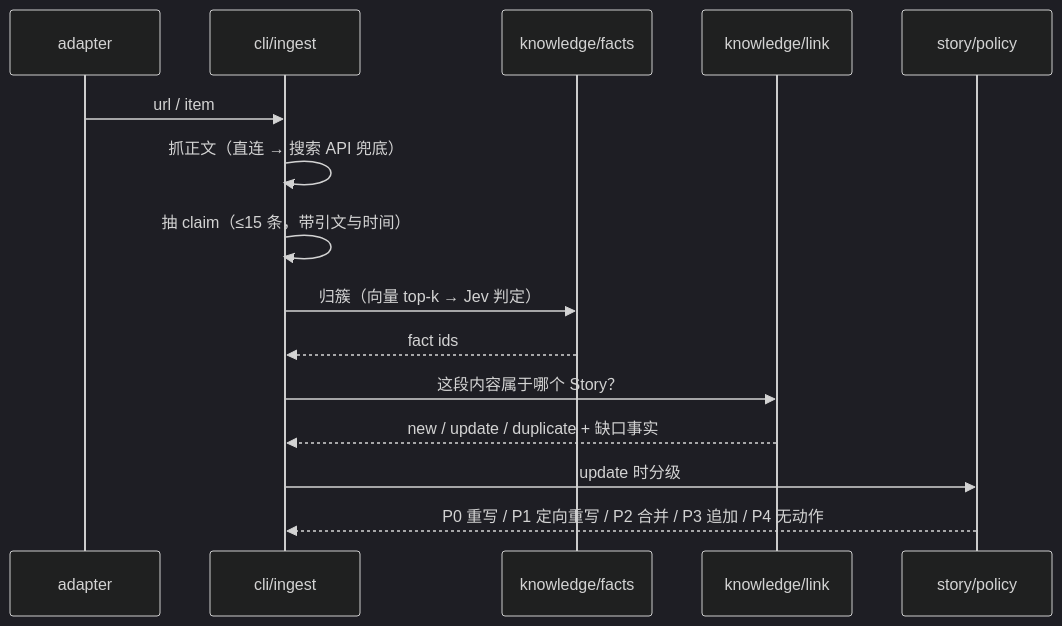
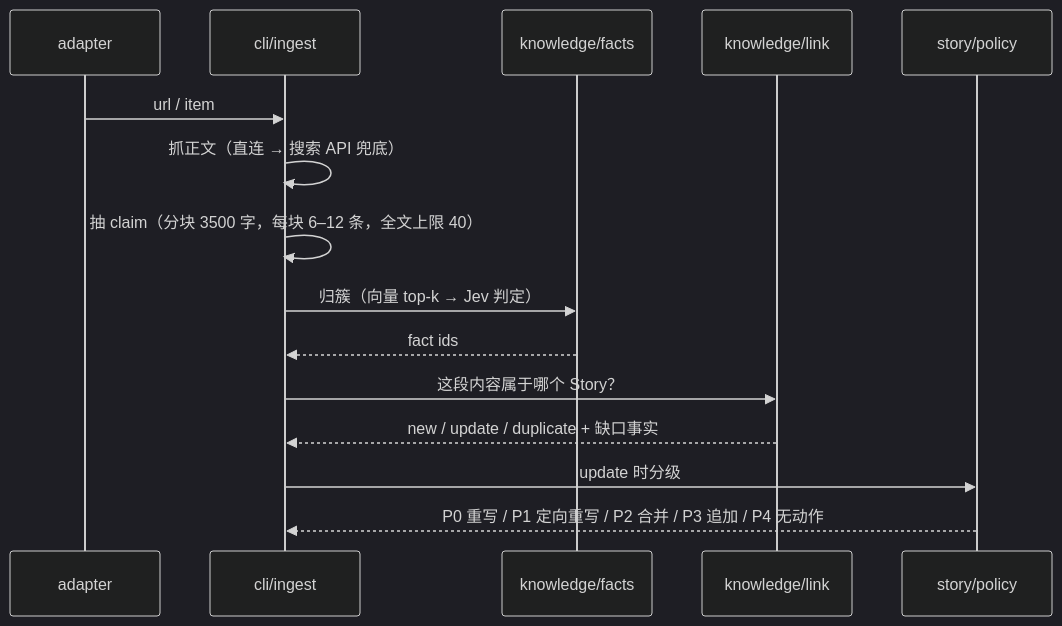
Before and after one commit to hwei8/Winnow: the first of 2 diagrams in docs/architecture.md, drawn with Mermaid (dark theme). The commit also changed other lines of this file and 25 other files, not shown here.

````diff
--- a/docs/architecture.md
+++ b/docs/architecture.md
@@ -127,17 +127,17 @@
 ```mermaid
 sequenceDiagram
   participant AD as adapter
   participant IP as cli/ingest
   participant KF as knowledge/facts
   participant KL as knowledge/link
   participant SP as story/policy
   AD->>IP: url / item
   IP->>IP: 抓正文（直连 → 搜索 API 兜底）
-  IP->>IP: 抽 claim（≤15 条，带引文与时间）
+  IP->>IP: 抽 claim（分块 3500 字，每块 6–12 条，全文上限 40）
   IP->>KF: 归簇（向量 top-k → Jev 判定）
   KF-->>IP: fact ids
   IP->>KL: 这段内容属于哪个 Story？
   KL-->>IP: new / update / duplicate + 缺口事实
   IP->>SP: update 时分级
   SP-->>IP: P0 重写 / P1 定向重写 / P2 合并 / P3 追加 / P4 无动作
 ```
````
